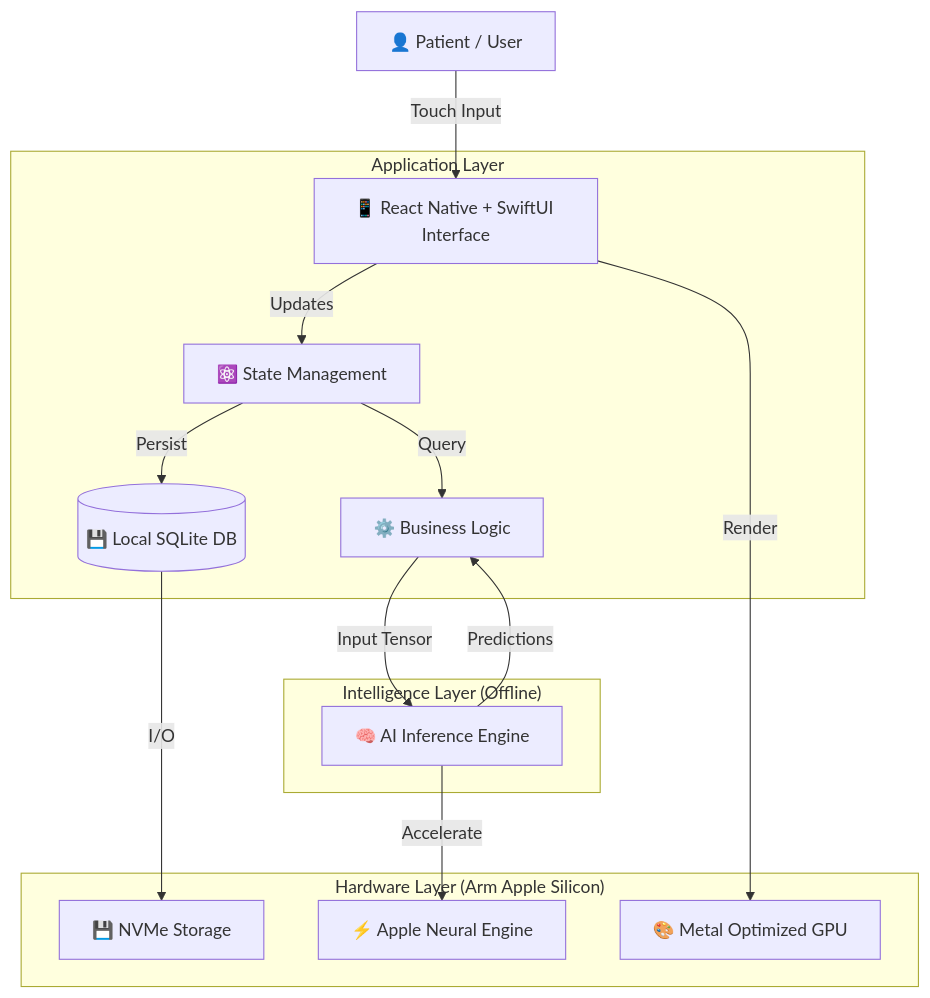
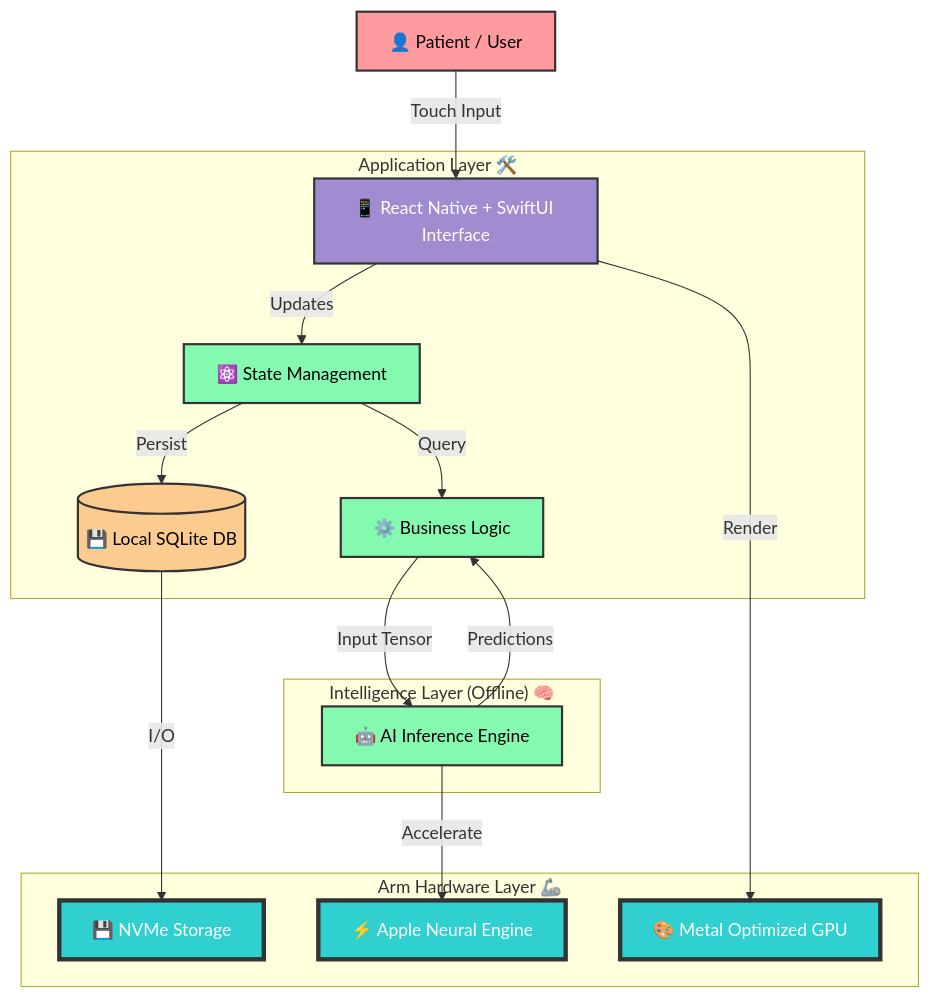
One commit to senushidinara/KidneyCare-AI-Powered-CKD-Awareness-Detection-Prevention changed the first of 5 diagrams in README.md. Above: the diagram before and after it, drawn with Mermaid. The commit also changed other lines of this file, not shown here.

````diff
--- a/README.md
+++ b/README.md
@@ -43,21 +43,28 @@
 ```mermaid
 graph TD
-    User[👤 Patient / User] -->|Touch Input| UI[📱 React Native + SwiftUI Interface]
+    %% Styles
+    classDef user fill:#ff9a9e,stroke:#333,stroke-width:2px,color:black;
+    classDef ui fill:#a18cd1,stroke:#333,stroke-width:2px,color:white;
+    classDef logic fill:#84fab0,stroke:#333,stroke-width:2px,color:black;
+    classDef db fill:#fccb90,stroke:#333,stroke-width:2px,color:black;
+    classDef arm fill:#30cfd0,stroke:#333,stroke-width:4px,color:white;
+
+    User[👤 Patient / User]:::user -->|Touch Input| UI[📱 React Native + SwiftUI Interface]:::ui
     
-    subgraph "Application Layer"
-        UI -->|Updates| State[⚛️ State Management]
-        State -->|Persist| DB[(💾 Local SQLite DB)]
-        State -->|Query| Logic[⚙️ Business Logic]
+    subgraph "Application Layer 🛠️"
+        UI -->|Updates| State[⚛️ State Management]:::logic
+        State -->|Persist| DB[(💾 Local SQLite DB)]:::db
+        State -->|Query| Logic[⚙️ Business Logic]:::logic
     end
 
-    subgraph "Intelligence Layer (Offline)"
-        Logic -->|Input Tensor| AI_Engine[🧠 AI Inference Engine]
+    subgraph "Intelligence Layer (Offline) 🧠"
+        Logic -->|Input Tensor| AI_Engine[🤖 AI Inference Engine]:::logic
         AI_Engine -->|Predictions| Logic
     end
 
-    subgraph "Hardware Layer (Arm Apple Silicon)"
-        AI_Engine -->|Accelerate| ANE[⚡ Apple Neural Engine]
-        UI -->|Render| GPU[🎨 Metal Optimized GPU]
-        DB -->|I/O| SSD[💾 NVMe Storage]
+    subgraph "Arm Hardware Layer 🦾"
+        AI_Engine -->|Accelerate| ANE[⚡ Apple Neural Engine]:::arm
+        UI -->|Render| GPU[🎨 Metal Optimized GPU]:::arm
+        DB -->|I/O| SSD[💾 NVMe Storage]:::arm
     end
 ```
````
